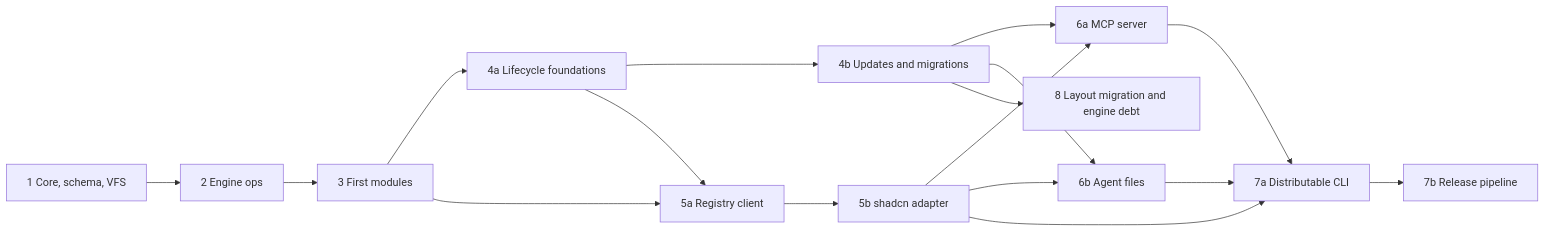
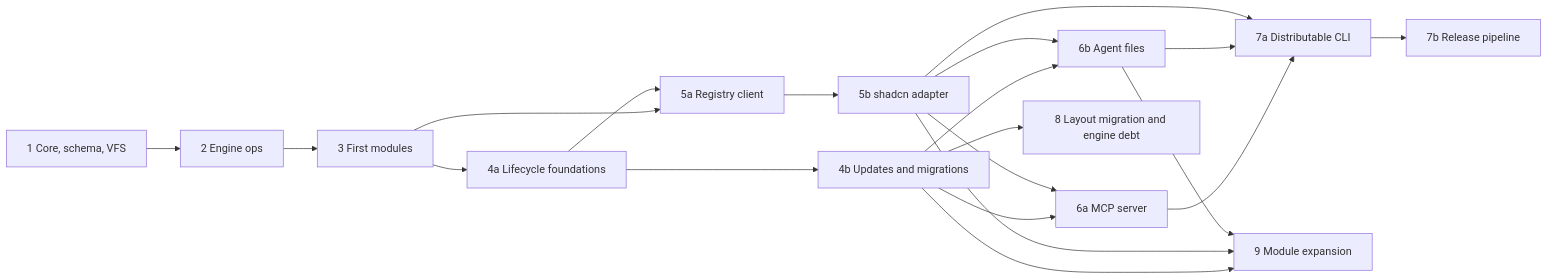
The diagram in docs/roadmap.md (andryorelabs/aokit), drawn with Mermaid before and after one commit. The commit also changed other lines of this file and 34 other files, not shown here.

First line of the commit message:
feat: ✨ module expansion foundations (#71)

````diff
--- a/docs/roadmap.md
+++ b/docs/roadmap.md
@@ -7,19 +7,22 @@
 ```mermaid
 flowchart LR
   P1[1 Core, schema, VFS] --> P2[2 Engine ops]
   P2 --> P3[3 First modules]
   P3 --> P4A[4a Lifecycle foundations]
   P4A --> P4B[4b Updates and migrations]
   P3 --> P5A[5a Registry client]
   P4A --> P5A
   P5A --> P5B[5b shadcn adapter]
   P4B --> P6A[6a MCP server]
   P5B --> P6A
   P4B --> P6B[6b Agent files]
   P5B --> P6B
   P6A --> P7A[7a Distributable CLI]
   P6B --> P7A
   P5B --> P7A
   P7A --> P7B[7b Release pipeline]
+  P4B --> P9[9 Module expansion]
+  P5B --> P9
+  P6B --> P9
   P4B --> P8[8 Layout migration and engine debt]
 ```
````
